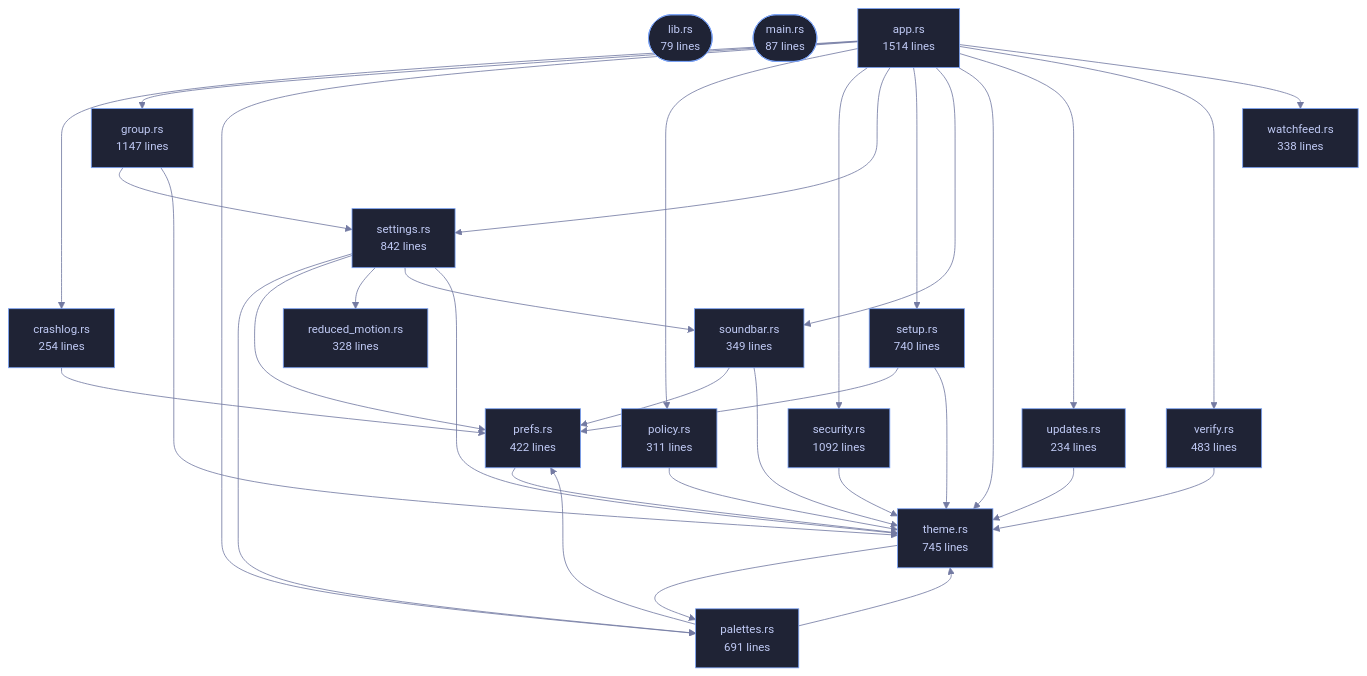
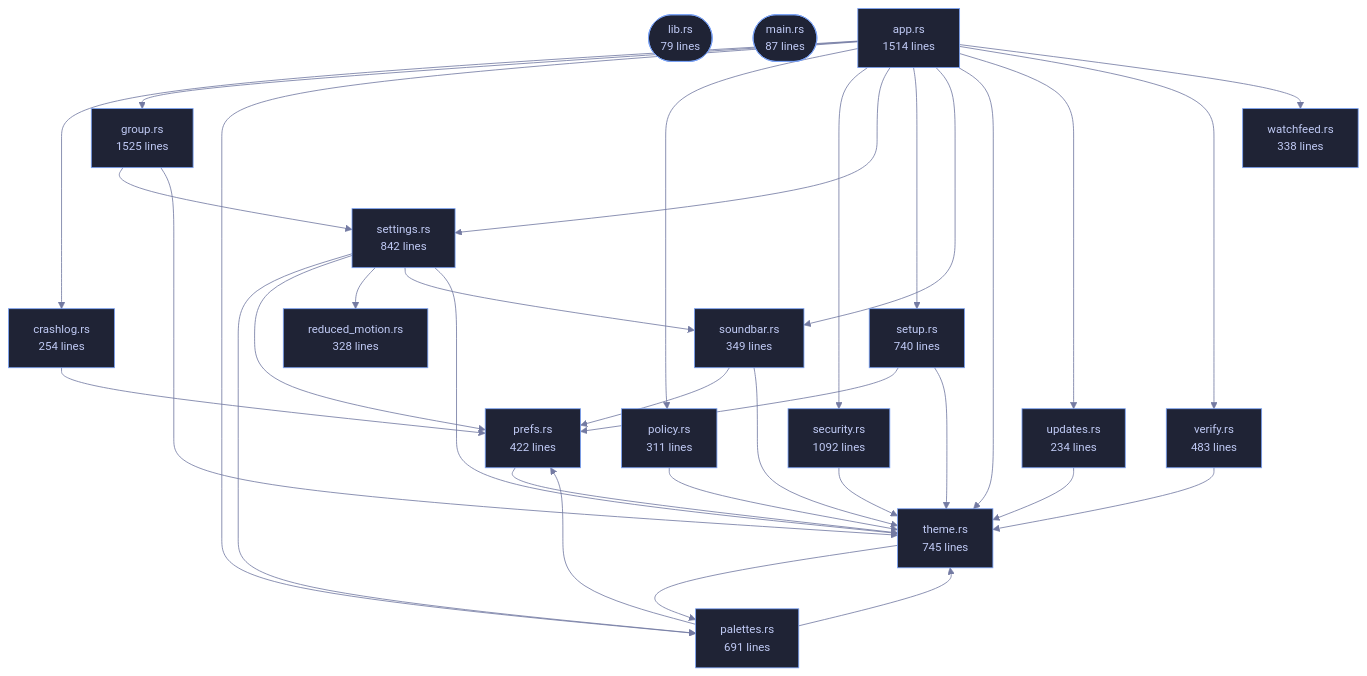
The diagram in crates/veilvoice-gui/README.md (tilas01/veilvoice), drawn with Mermaid before and after one commit. The commit also changed other lines of this file and 50 other files, not shown here.

````diff
--- a/crates/veilvoice-gui/README.md
+++ b/crates/veilvoice-gui/README.md
@@ -94,70 +94,70 @@
 ```mermaid
 %%{init: {"theme":"base","themeVariables":{"background":"#1a1b26","primaryColor":"#1f2335","primaryTextColor":"#c0caf5","primaryBorderColor":"#7aa2f7","secondaryColor":"#16161e","tertiaryColor":"#16161e","lineColor":"#737aa2","textColor":"#c0caf5","mainBkg":"#1f2335","nodeBorder":"#7aa2f7","clusterBkg":"#16161e","clusterBorder":"#2f3549","fontFamily":"ui-monospace, SFMono-Regular, Consolas, monospace","fontSize":"14px"}}}%%
 flowchart TD
     n_lib(["lib.rs<br/>79 lines"])
     n_main(["main.rs<br/>87 lines"])
     n_app["app.rs<br/>1514 lines"]
     n_crashlog["crashlog.rs<br/>254 lines"]
-    n_group["group.rs<br/>1147 lines"]
+    n_group["group.rs<br/>1525 lines"]
     n_palettes["palettes.rs<br/>691 lines"]
     n_policy["policy.rs<br/>311 lines"]
     n_prefs["prefs.rs<br/>422 lines"]
     n_reduced_motion["reduced_motion.rs<br/>328 lines"]
     n_security["security.rs<br/>1092 lines"]
     n_settings["settings.rs<br/>842 lines"]
     n_setup["setup.rs<br/>740 lines"]
     n_soundbar["soundbar.rs<br/>349 lines"]
     n_theme["theme.rs<br/>745 lines"]
     n_updates["updates.rs<br/>234 lines"]
     n_verify["verify.rs<br/>483 lines"]
     n_watchfeed["watchfeed.rs<br/>338 lines"]
     n_app --> n_crashlog
     n_app --> n_group
     n_app --> n_palettes
     n_app --> n_policy
     n_app --> n_security
     n_app --> n_settings
     n_app --> n_setup
     n_app --> n_soundbar
     n_app --> n_theme
     n_app --> n_updates
     n_app --> n_verify
     n_app --> n_watchfeed
     n_crashlog --> n_prefs
     n_group --> n_settings
     n_group --> n_theme
     n_palettes --> n_prefs
     n_palettes --> n_theme
     n_policy --> n_theme
     n_prefs --> n_theme
     n_security --> n_theme
     n_settings --> n_palettes
     n_settings --> n_prefs
     n_settings --> n_reduced_motion
     n_settings --> n_soundbar
     n_settings --> n_theme
     n_setup --> n_prefs
     n_setup --> n_theme
     n_soundbar --> n_prefs
     n_soundbar --> n_theme
     n_theme --> n_palettes
     n_updates --> n_theme
     n_verify --> n_theme
     click n_lib href "https://github.com/tilas01/veilvoice/blob/main/crates/veilvoice-gui/src/lib.rs" "open the source"
     click n_main href "https://github.com/tilas01/veilvoice/blob/main/crates/veilvoice-gui/src/main.rs" "open the source"
     click n_app href "https://github.com/tilas01/veilvoice/blob/main/crates/veilvoice-gui/src/app.rs" "open the source"
     click n_crashlog href "https://github.com/tilas01/veilvoice/blob/main/crates/veilvoice-gui/src/crashlog.rs" "open the source"
     click n_group href "https://github.com/tilas01/veilvoice/blob/main/crates/veilvoice-gui/src/group.rs" "open the source"
     click n_palettes href "https://github.com/tilas01/veilvoice/blob/main/crates/veilvoice-gui/src/palettes.rs" "open the source"
     click n_policy href "https://github.com/tilas01/veilvoice/blob/main/crates/veilvoice-gui/src/policy.rs" "open the source"
     click n_prefs href "https://github.com/tilas01/veilvoice/blob/main/crates/veilvoice-gui/src/prefs.rs" "open the source"
     click n_reduced_motion href "https://github.com/tilas01/veilvoice/blob/main/crates/veilvoice-gui/src/reduced_motion.rs" "open the source"
     click n_security href "https://github.com/tilas01/veilvoice/blob/main/crates/veilvoice-gui/src/security.rs" "open the source"
     click n_settings href "https://github.com/tilas01/veilvoice/blob/main/crates/veilvoice-gui/src/settings.rs" "open the source"
     click n_setup href "https://github.com/tilas01/veilvoice/blob/main/crates/veilvoice-gui/src/setup.rs" "open the source"
     click n_soundbar href "https://github.com/tilas01/veilvoice/blob/main/crates/veilvoice-gui/src/soundbar.rs" "open the source"
     click n_theme href "https://github.com/tilas01/veilvoice/blob/main/crates/veilvoice-gui/src/theme.rs" "open the source"
     click n_updates href "https://github.com/tilas01/veilvoice/blob/main/crates/veilvoice-gui/src/updates.rs" "open the source"
     click n_verify href "https://github.com/tilas01/veilvoice/blob/main/crates/veilvoice-gui/src/verify.rs" "open the source"
     click n_watchfeed href "https://github.com/tilas01/veilvoice/blob/main/crates/veilvoice-gui/src/watchfeed.rs" "open the source"
 ```
````
